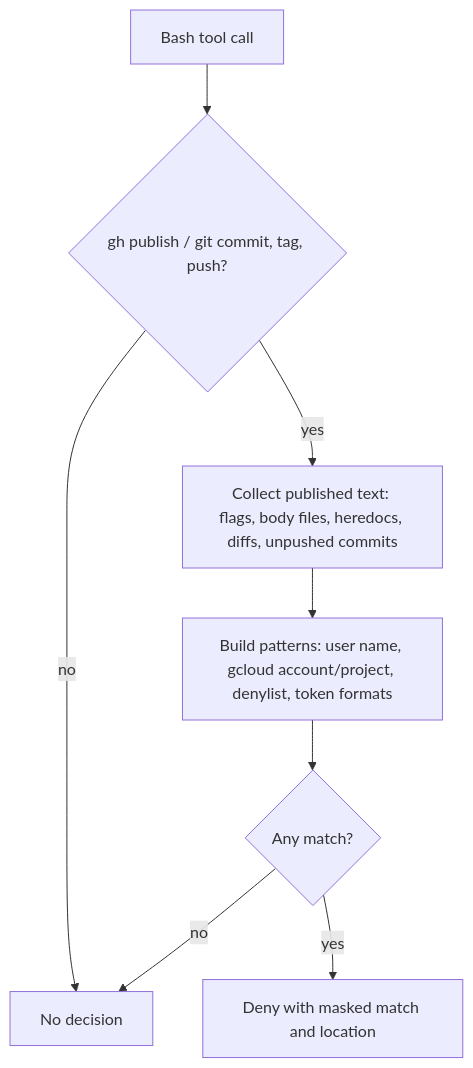
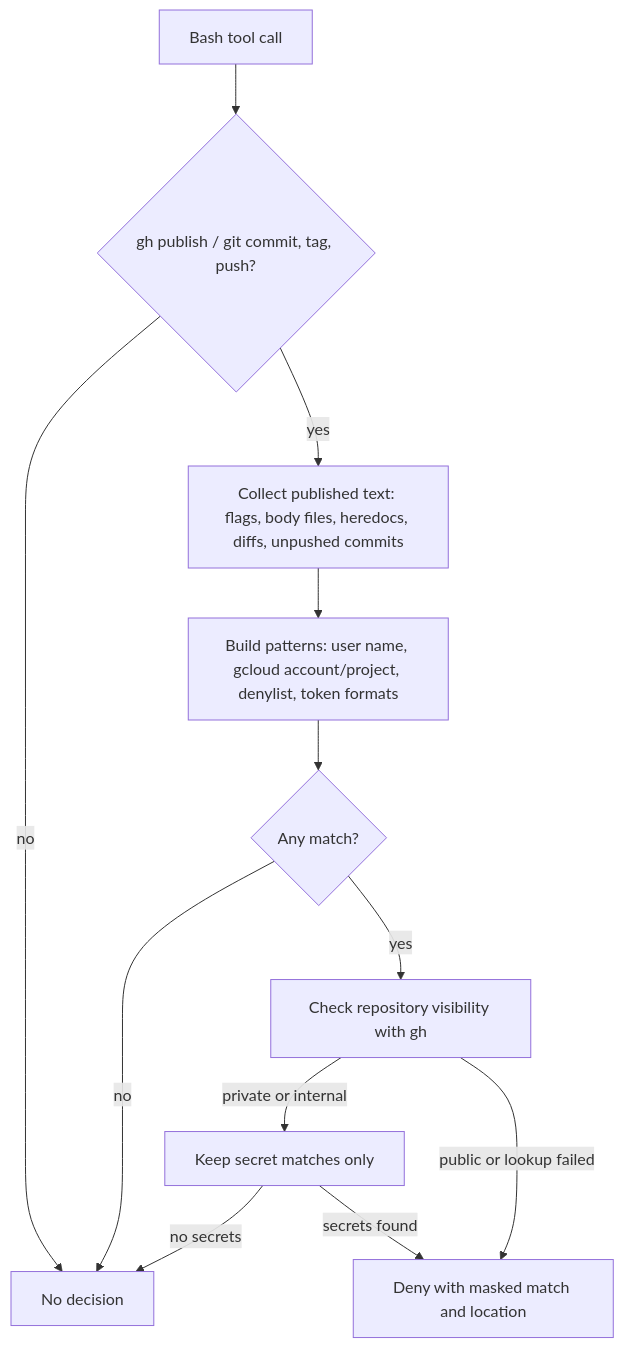
One commit to Tyaba/dotfiles changed the fifth of 8 diagrams in README.md. Above: the diagram before and after it, drawn with Mermaid. The commit also changed other lines of this file and 2 other files, not shown here.

Commit message:
feat(leak-gate): private / internal リポジトリでは個人識別子の検査を省略する (#107)
* test(leak-gate): cover skipping identifier checks on private and internal repos

* feat(leak-gate): skip identifier checks on private and internal repos

Personal identifiers such as GCP project IDs only matter where the text
becomes public. When a hit is found, look up the repository visibility
with gh and drop identifier hits for PRIVATE / INTERNAL repos. Secret
patterns still deny everywhere, and a failed lookup is treated as public.

````diff
--- a/README.md
+++ b/README.md
@@ -246,10 +249,14 @@
 ```mermaid
 flowchart TD
     A[Bash tool call] --> B{gh publish / git commit, tag, push?}
     B -->|no| Z[No decision]
     B -->|yes| C[Collect published text: flags, body files, heredocs, diffs, unpushed commits]
     C --> D[Build patterns: user name, gcloud account/project, denylist, token formats]
     D --> E{Any match?}
     E -->|no| Z
-    E -->|yes| F[Deny with masked match and location]
+    E -->|yes| F[Check repository visibility with gh]
+    F -->|private or internal| G[Keep secret matches only]
+    F -->|public or lookup failed| H[Deny with masked match and location]
+    G -->|no secrets| Z
+    G -->|secrets found| H
 ```
````
